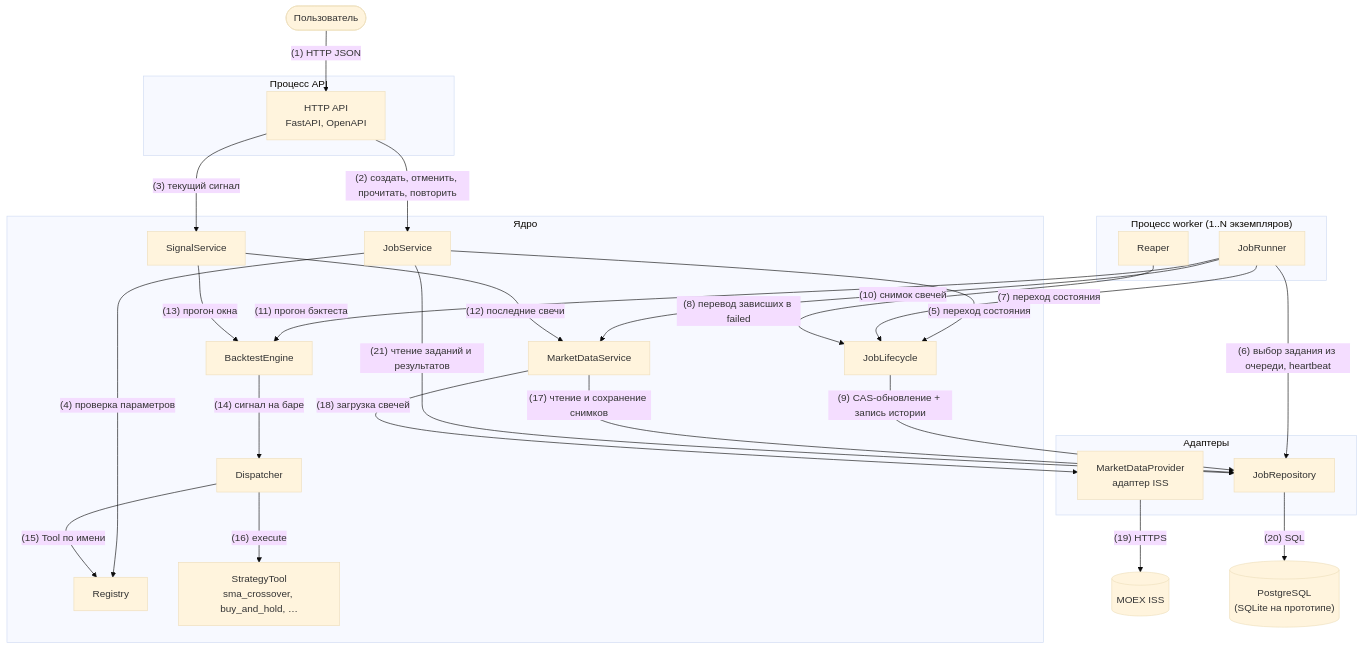
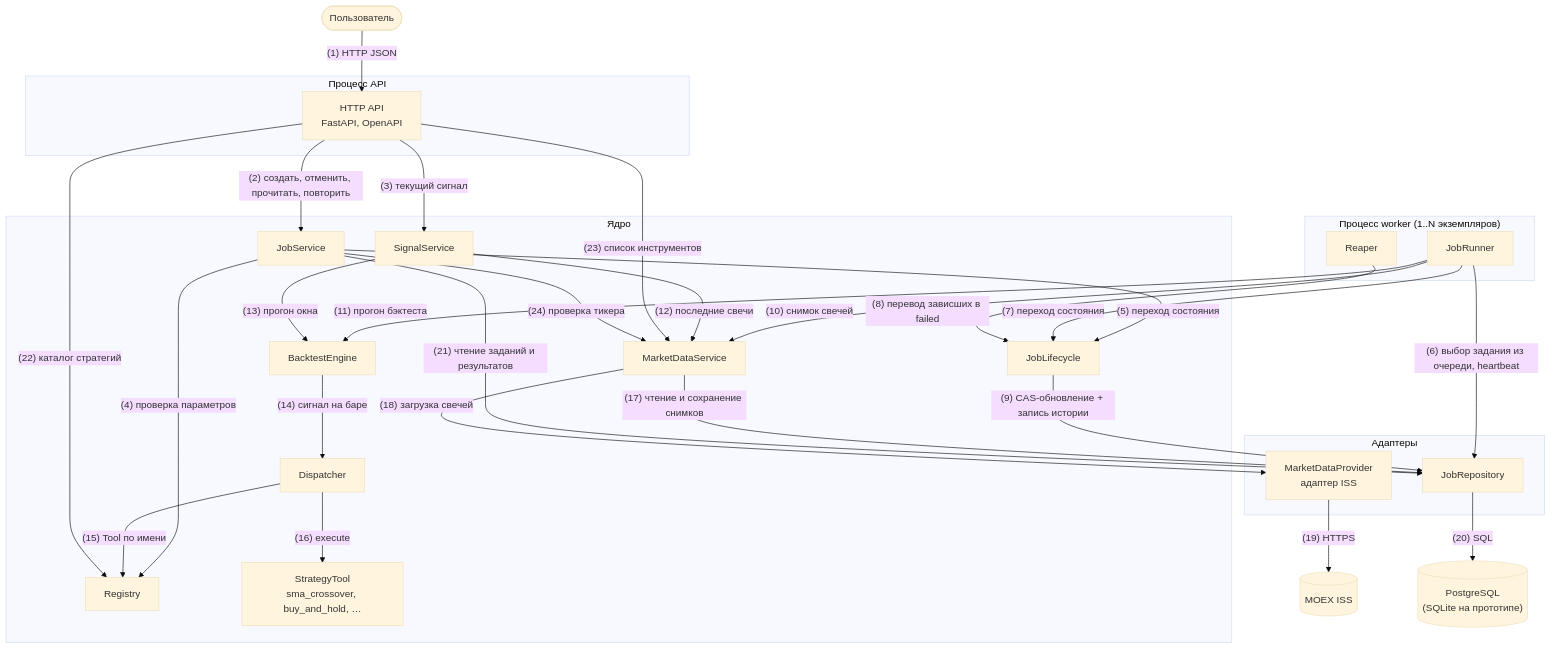
One commit to AIProgramIngeneering2026/team-gambit changed the second of 3 diagrams in docs/architecture.md. Above: the diagram before and after it, drawn with Mermaid (base theme). The commit also changed other lines of this file and 1 other file, not shown here.

````diff
--- a/docs/architecture.md
+++ b/docs/architecture.md
@@ -34,53 +34,56 @@
 ```mermaid
 flowchart TB
     user(["Пользователь"])
     iss[("MOEX ISS")]
     db[("PostgreSQL<br/>(SQLite на прототипе)")]
 
     subgraph apiProc ["Процесс API"]
         http["HTTP API<br/>FastAPI, OpenAPI"]
     end
 
     subgraph workerProc ["Процесс worker (1..N экземпляров)"]
         runner["JobRunner"]
         reaper["Reaper"]
     end
 
     subgraph core ["Ядро"]
         jobs["JobService"]
         lifecycle["JobLifecycle"]
         signal["SignalService"]
         engine["BacktestEngine"]
         dispatcher["Dispatcher"]
         registry["Registry"]
         tools["StrategyTool<br/>sma_crossover, buy_and_hold, …"]
         market["MarketDataService"]
     end
 
     subgraph adapters ["Адаптеры"]
         repo["JobRepository"]
         provider["MarketDataProvider<br/>адаптер ISS"]
     end
 
     user -->|"(1) HTTP JSON"| http
     http -->|"(2) создать, отменить, прочитать, повторить"| jobs
     http -->|"(3) текущий сигнал"| signal
     jobs -->|"(4) проверка параметров"| registry
     jobs -->|"(5) переход состояния"| lifecycle
     runner -->|"(6) выбор задания из очереди, heartbeat"| repo
     runner -->|"(7) переход состояния"| lifecycle
     reaper -->|"(8) перевод зависших в failed"| lifecycle
     lifecycle -->|"(9) CAS-обновление + запись истории"| repo
     runner -->|"(10) снимок свечей"| market
     runner -->|"(11) прогон бэктеста"| engine
     signal -->|"(12) последние свечи"| market
     signal -->|"(13) прогон окна"| engine
     engine -->|"(14) сигнал на баре"| dispatcher
     dispatcher -->|"(15) Tool по имени"| registry
     dispatcher -->|"(16) execute"| tools
     market -->|"(17) чтение и сохранение снимков"| repo
     market -->|"(18) загрузка свечей"| provider
     provider -->|"(19) HTTPS"| iss
     repo -->|"(20) SQL"| db
     jobs -->|"(21) чтение заданий и результатов"| repo
+    http -->|"(22) каталог стратегий"| registry
+    http -->|"(23) список инструментов"| market
+    jobs -->|"(24) проверка тикера"| market
 ```
````
